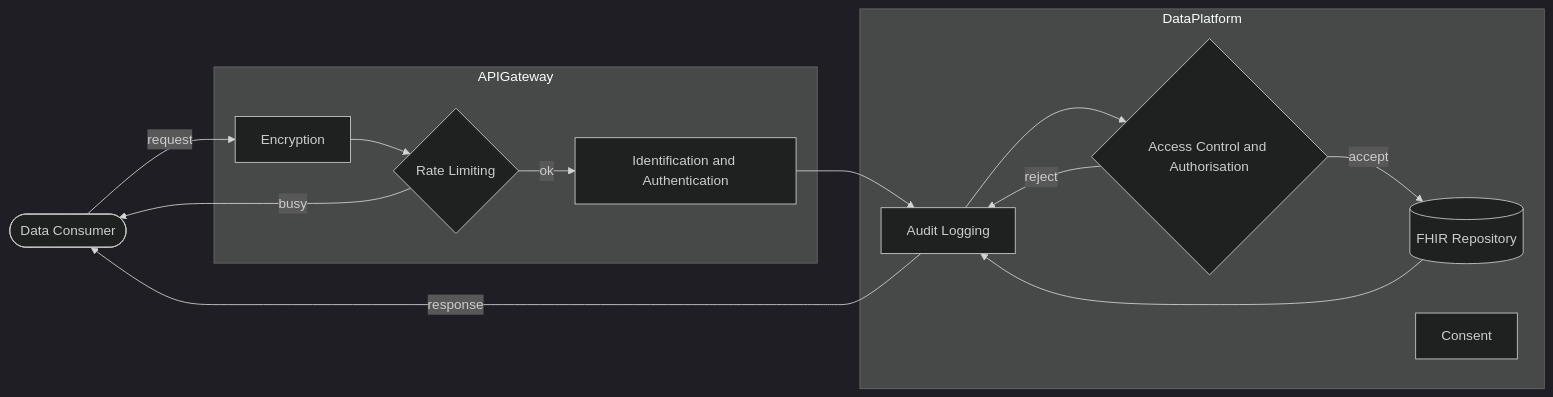
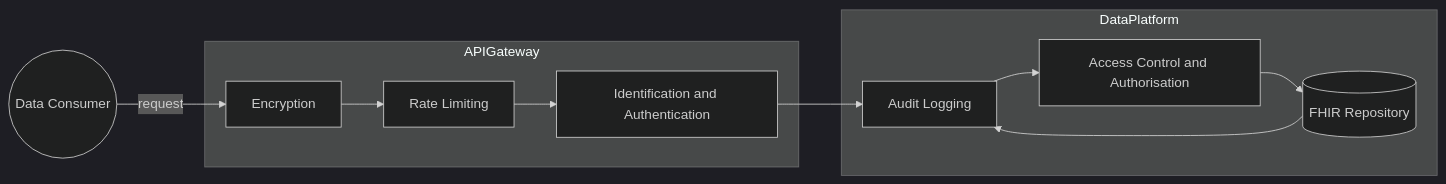
The first of 3 diagrams in input/pagecontent/security.md (uk-gov-mirror/nw-gmsa.nw-gmsa.github.com), drawn with Mermaid (dark theme) before and after one commit.

Commit message:
Specimen

````diff
--- a/input/pagecontent/security.md
+++ b/input/pagecontent/security.md
@@ -2,29 +2,27 @@
 ```mermaid
 graph LR;
 
-consumer([Data Consumer])
+consumer((Data Consumer))
 
 subgraph APIGateway
     enc[Encryption]
-    rate{Rate Limiting}
+    rate[Rate Limiting]
     id[Identification and Authentication] 
 end
 
 subgraph DataPlatform
-    auth{Access Control and Authorisation}
+    auth[Access Control and Authorisation]
     audit1[Audit Logging]
     api[(FHIR Repository)]
-    consent[Consent]
 end
 
 consumer --> |request| enc
 enc --> rate
-rate --> |ok| id
-rate --> |busy| consumer
+rate --> id
+
 id --> audit1
 audit1 --> auth
-auth --> |accept| api
-auth --> |reject| audit1
+auth -->  api
 api --> audit1
-audit1 --> |response| consumer
+
 ```
````
